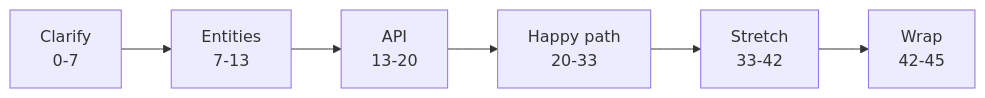
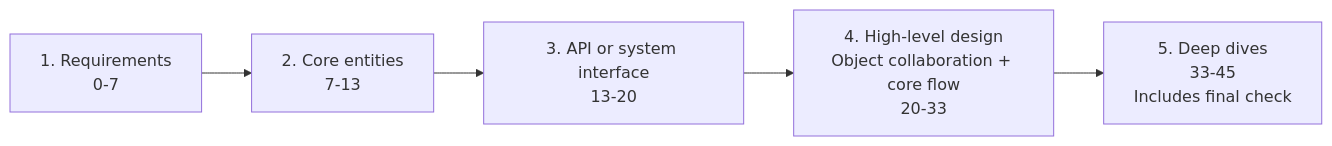
One commit to Anilinfo2015/anilinfo2015.github.io changed the first of 2 diagrams in low-level-design/08-time-boxing-and-thinking-aloud.md. Above: the diagram before and after it, drawn with Mermaid. The commit also changed other lines of this file and 109 other files, not shown here.

````diff
--- a/low-level-design/08-time-boxing-and-thinking-aloud.md
+++ b/low-level-design/08-time-boxing-and-thinking-aloud.md
@@ -24,8 +26,7 @@
 ```mermaid
 flowchart LR
-    A[Clarify<br/>0-7] --> B[Entities<br/>7-13]
-    B --> C[API<br/>13-20]
-    C --> D[Happy path<br/>20-33]
-    D --> E[Stretch<br/>33-42]
-    E --> F[Wrap<br/>42-45]
+    A[1. Requirements<br/>0-7] --> B[2. Core entities<br/>7-13]
+    B --> C[3. API or system interface<br/>13-20]
+    C --> D[4. High-level design<br/>Object collaboration + core flow<br/>20-33]
+    D --> E[5. Deep dives<br/>33-45<br/>Includes final check]
 ```
````
